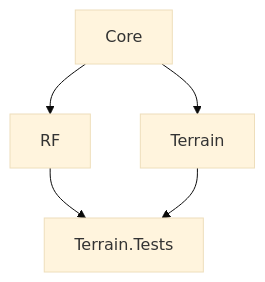
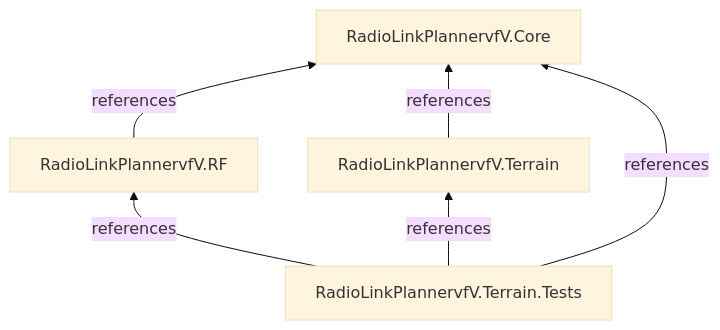
The diagram in ARCHITECTURE.md (reyhaanezamzami-gif/RadioLinkPlanner-Engineering), drawn with Mermaid (base theme) before and after one commit. The commit also changed other lines of this file, not shown here.

Commit message:
Improve architecture documentation formatting

````diff
--- a/ARCHITECTURE.md
+++ b/ARCHITECTURE.md
@@ -142,13 +194,14 @@
 ```mermaid
-flowchart TD
-    Core[Core]
-    RF[RF]
-    Terrain[Terrain]
-    Tests[Terrain.Tests]
+flowchart BT
+    Core["RadioLinkPlannervfV.Core"]
+    RF["RadioLinkPlannervfV.RF"]
+    Terrain["RadioLinkPlannervfV.Terrain"]
+    Tests["RadioLinkPlannervfV.Terrain.Tests"]
 
-    Core --> RF
-    Core --> Terrain
+    RF -->|references| Core
+    Terrain -->|references| Core
 
-    RF --> Tests
-    Terrain --> Tests
+    Tests -->|references| Core
+    Tests -->|references| RF
+    Tests -->|references| Terrain
 ```
````
